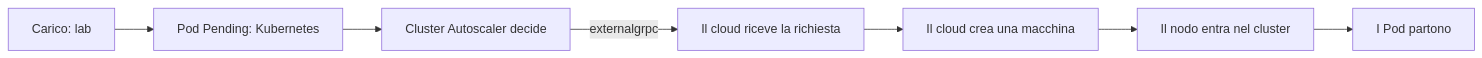
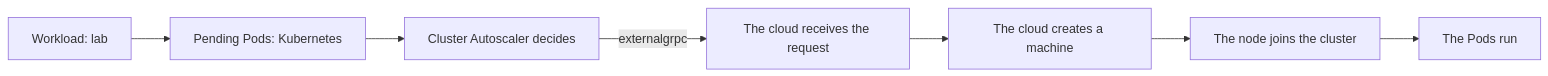
Before and after one commit to miciav/minikube-cloud-lab: the diagram in README.md, drawn with Mermaid. The commit also changed other lines of this file and 1 other file, not shown here.

````diff
--- a/README.md
+++ b/README.md
@@ -12,9 +15,9 @@
 ```mermaid
 flowchart LR
-  L["Carico: lab"] --> P["Pod Pending: Kubernetes"]
-  P --> A["Cluster Autoscaler decide"]
-  A -->|externalgrpc| C["Il cloud riceve la richiesta"]
-  C --> M["Il cloud crea una macchina"]
-  M --> N["Il nodo entra nel cluster"]
-  N --> R["I Pod partono"]
+  L["Workload: lab"] --> P["Pending Pods: Kubernetes"]
+  P --> A["Cluster Autoscaler decides"]
+  A -->|externalgrpc| C["The cloud receives the request"]
+  C --> M["The cloud creates a machine"]
+  M --> N["The node joins the cluster"]
+  N --> R["The Pods run"]
 ```
````
